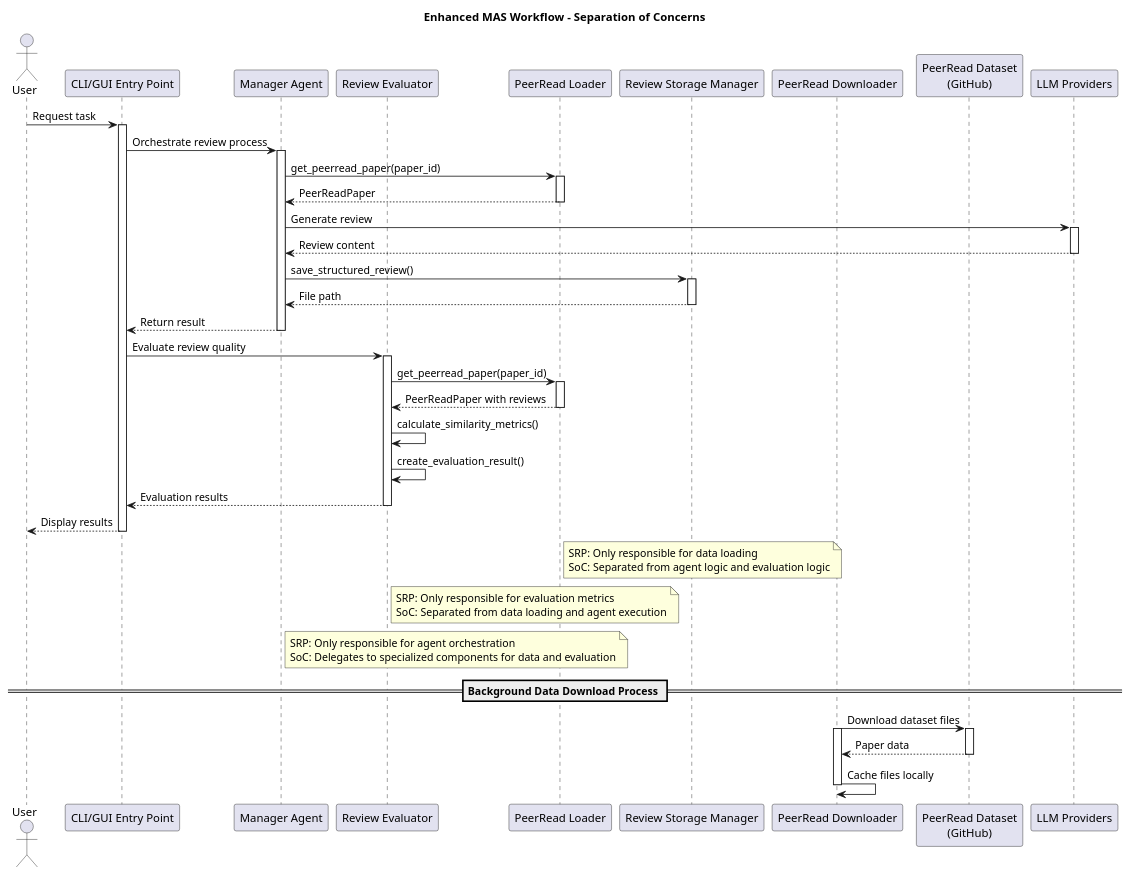
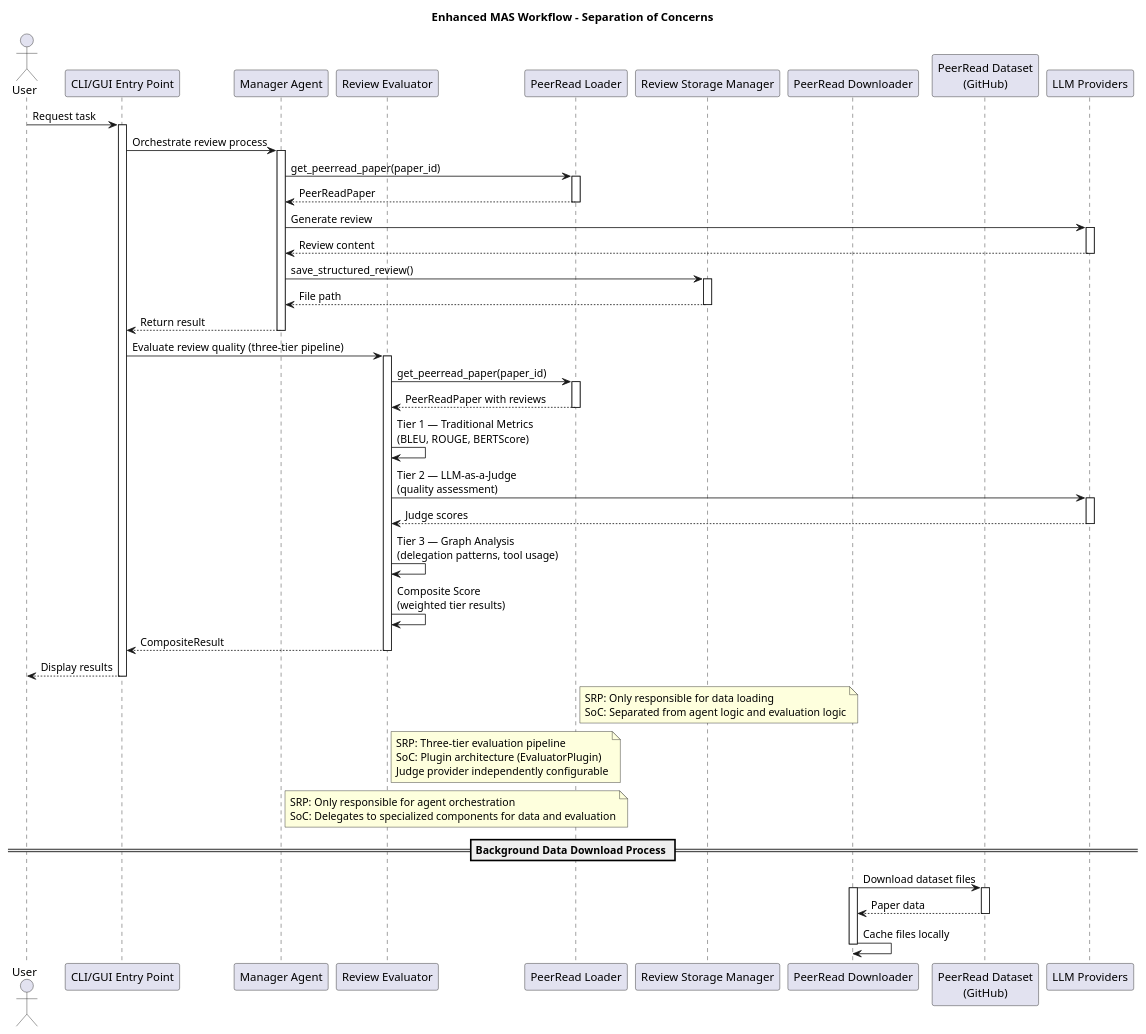
One commit to qte77/Agents-eval changed the diagram in docs/arch_vis/mas-enhanced-workflow.plantuml. Above: the diagram before and after it, drawn with PlantUML. The commit also changed 354 other files, not shown here.

```diff
--- a/docs/arch_vis/mas-enhanced-workflow.plantuml
+++ b/docs/arch_vis/mas-enhanced-workflow.plantuml
@@ -1,80 +1,86 @@
 @startuml mas-enhanced-workflow
 title Enhanced MAS Workflow - Separation of Concerns
 
 actor User
 participant "CLI/GUI Entry Point" as MainApp
 participant "Manager Agent" as Manager
 participant "Review Evaluator" as Evaluator
 participant "PeerRead Loader" as Loader
 participant "Review Storage Manager" as Storage
 participant "PeerRead Downloader" as Downloader
 participant "PeerRead Dataset\n(GitHub)" as ExternalDataset
 participant "LLM Providers" as LLM
 
 User -> MainApp: Request task
 activate MainApp
 
 MainApp -> Manager: Orchestrate review process
 activate Manager
 
 Manager -> Loader: get_peerread_paper(paper_id)
 activate Loader
 Loader --> Manager: PeerReadPaper
 deactivate Loader
 
 Manager -> LLM: Generate review
 activate LLM
 LLM --> Manager: Review content
 deactivate LLM
 
 Manager -> Storage: save_structured_review()
 activate Storage
 Storage --> Manager: File path
 deactivate Storage
 
 Manager --> MainApp: Return result
 deactivate Manager
 
-MainApp -> Evaluator: Evaluate review quality
+MainApp -> Evaluator: Evaluate review quality (three-tier pipeline)
 activate Evaluator
 
 Evaluator -> Loader: get_peerread_paper(paper_id)
 activate Loader
 Loader --> Evaluator: PeerReadPaper with reviews
 deactivate Loader
 
-Evaluator -> Evaluator: calculate_similarity_metrics()
-Evaluator -> Evaluator: create_evaluation_result()
+Evaluator -> Evaluator: Tier 1 — Traditional Metrics\n(BLEU, ROUGE, BERTScore)
+Evaluator -> LLM: Tier 2 — LLM-as-a-Judge\n(quality assessment)
+activate LLM
+LLM --> Evaluator: Judge scores
+deactivate LLM
+Evaluator -> Evaluator: Tier 3 — Graph Analysis\n(delegation patterns, tool usage)
+Evaluator -> Evaluator: Composite Score\n(weighted tier results)
 
-Evaluator --> MainApp: Evaluation results
+Evaluator --> MainApp: CompositeResult
 deactivate Evaluator
 
 MainApp --> User: Display results
 deactivate MainApp
 
 note right of Loader
   SRP: Only responsible for data loading
   SoC: Separated from agent logic and evaluation logic
 end note
 
 note right of Evaluator
-  SRP: Only responsible for evaluation metrics
-  SoC: Separated from data loading and agent execution
+  SRP: Three-tier evaluation pipeline
+  SoC: Plugin architecture (EvaluatorPlugin)
+  Judge provider independently configurable
 end note
 
 note right of Manager
   SRP: Only responsible for agent orchestration
   SoC: Delegates to specialized components for data and evaluation
 end note
 
 == Background Data Download Process ==
 
 Downloader -> ExternalDataset: Download dataset files
 activate Downloader
 activate ExternalDataset
 ExternalDataset --> Downloader: Paper data
 deactivate ExternalDataset
 Downloader -> Downloader: Cache files locally
 deactivate Downloader
 
 @enduml
```
